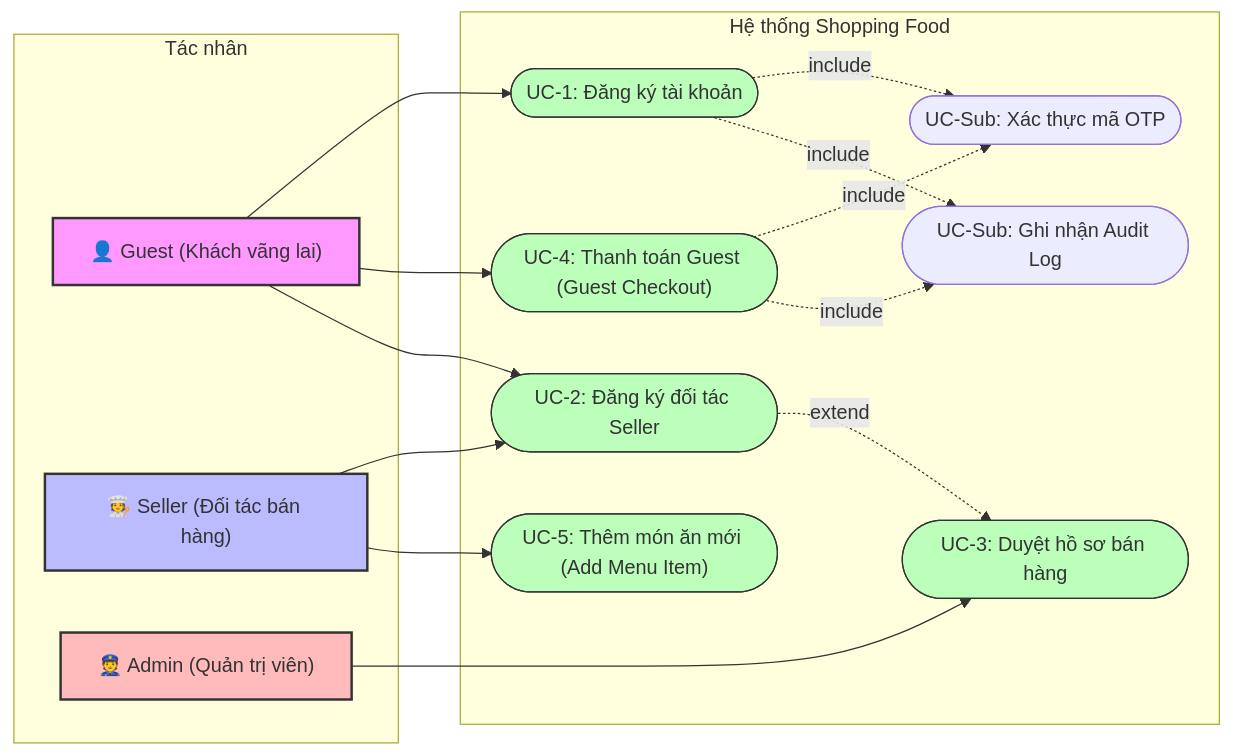
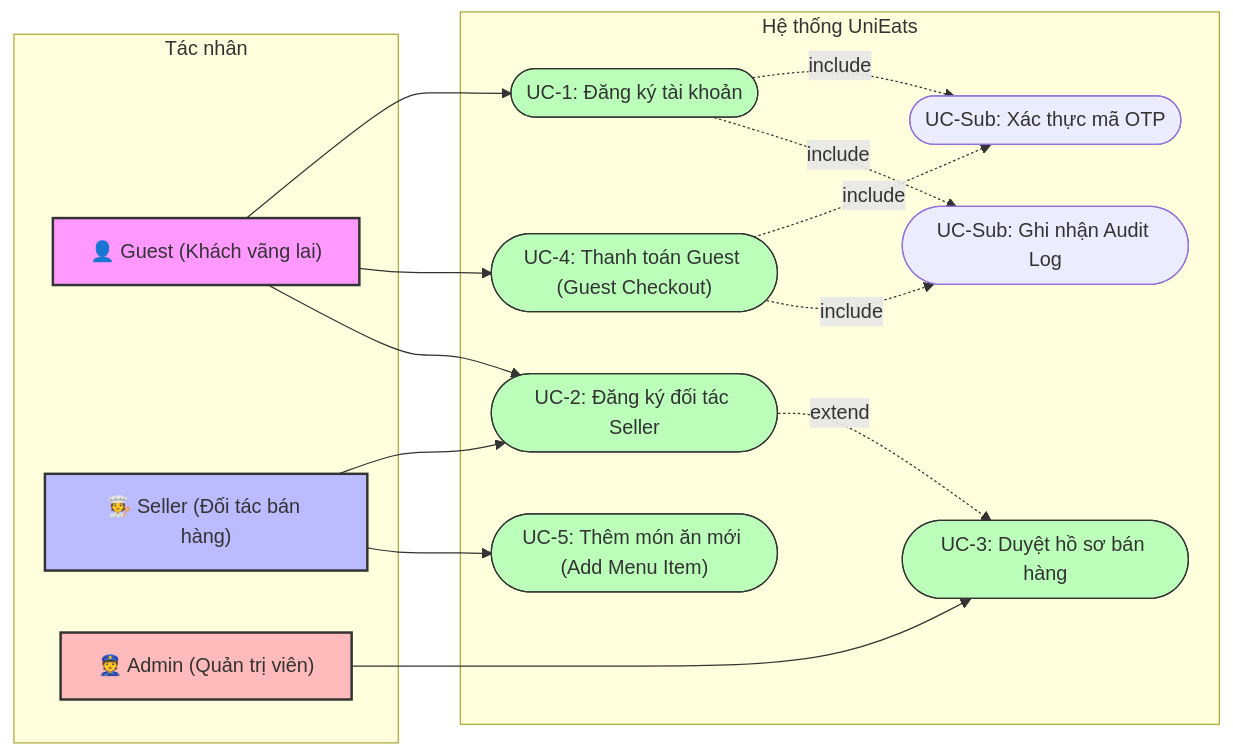
The diagram in Use_Cases.md (hieunh2xx/Shopping-Food), drawn with Mermaid before and after one commit. The commit also changed other lines of this file and 235 other files, not shown here.

````diff
--- a/Use_Cases.md
+++ b/Use_Cases.md
@@ -11,52 +11,52 @@
 ```mermaid
 graph LR
     %% Actors Definition
     subgraph Actors [Tác nhân]
         Guest["👤 Guest (Khách vãng lai)"]
         Seller["🧑‍🍳 Seller (Đối tác bán hàng)"]
         Admin["👮 Admin (Quản trị viên)"]
     end
 
     %% System Boundary
-    subgraph ShoppingFoodSystem ["Hệ thống Shopping Food"]
+    subgraph UniEatsSystem ["Hệ thống UniEats"]
         %% Use Cases
         UC1(["UC-1: Đăng ký tài khoản"])
         UC2(["UC-2: Đăng ký đối tác Seller"])
         UC3(["UC-3: Duyệt hồ sơ bán hàng"])
         UC4(["UC-4: Thanh toán Guest (Guest Checkout)"])
         UC5(["UC-5: Thêm món ăn mới (Add Menu Item)"])
         
         %% OTP & Logs sub-actions
         UC_OTP(["UC-Sub: Xác thực mã OTP"])
         UC_LOG(["UC-Sub: Ghi nhận Audit Log"])
         
         %% Relations
         UC1 -.->|include| UC_OTP
         UC1 -.->|include| UC_LOG
         
         UC4 -.->|include| UC_OTP
         UC4 -.->|include| UC_LOG
         
         UC2 -.->|extend| UC3
     end
 
     %% Actor to UC Connections
     Guest --> UC1
     Guest --> UC4
     Guest --> UC2
     
     Seller --> UC2
     Seller --> UC5
     
     Admin --> UC3
     
     %% Styling
     style Guest fill:#f9f,stroke:#333,stroke-width:2px
     style Seller fill:#bbf,stroke:#333,stroke-width:2px
     style Admin fill:#fbb,stroke:#333,stroke-width:2px
     style UC1 fill:#bfb,stroke:#333,stroke-width:1px
     style UC2 fill:#bfb,stroke:#333,stroke-width:1px
     style UC3 fill:#bfb,stroke:#333,stroke-width:1px
     style UC4 fill:#bfb,stroke:#333,stroke-width:1px
     style UC5 fill:#bfb,stroke:#333,stroke-width:1px
 ```
````
